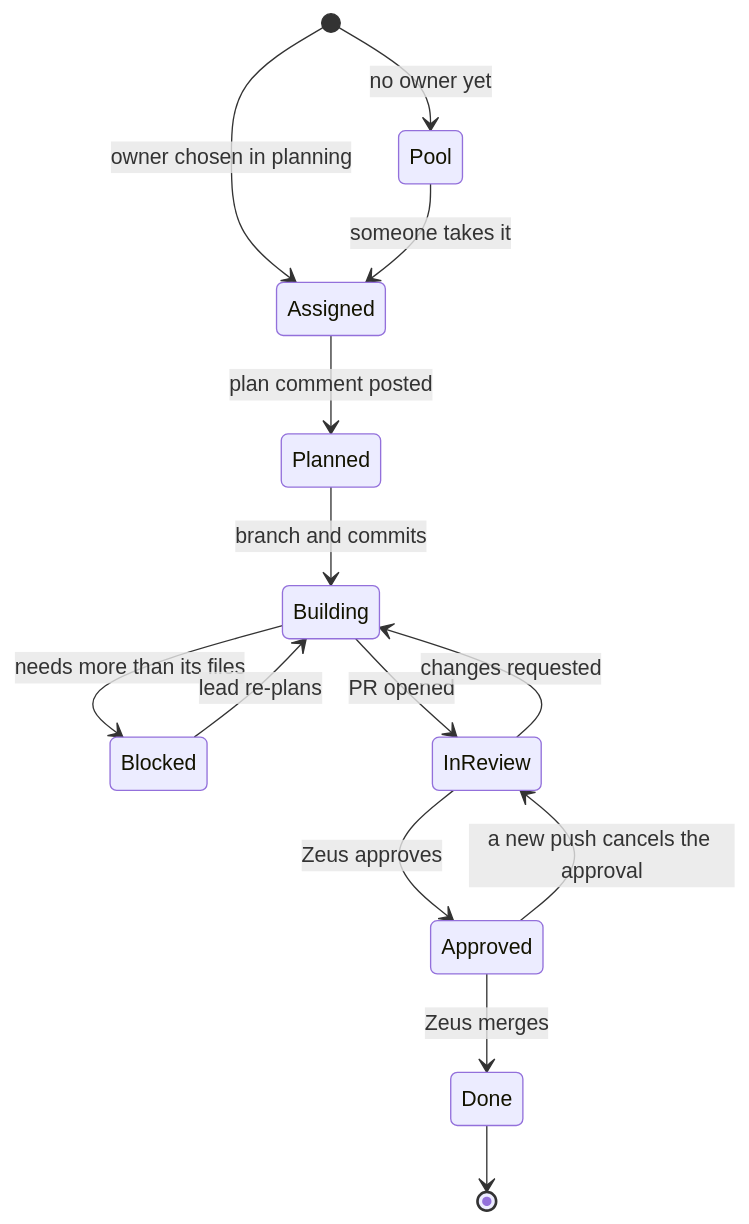
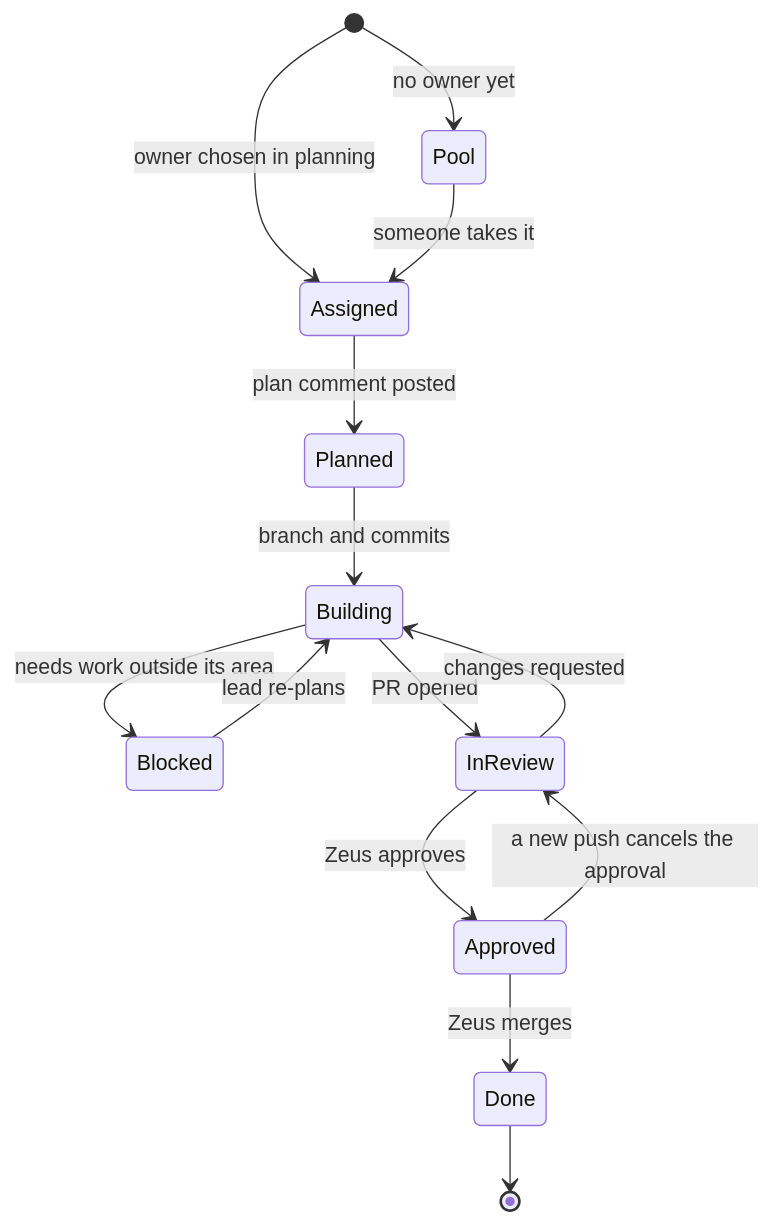
The fourth of 5 diagrams in README.md (atiladeokegab/hackathon_teamwork), drawn with Mermaid before and after one commit. The commit also changed other lines of this file and 5 other files, not shown here.

````diff
--- a/README.md
+++ b/README.md
@@ -105,16 +105,16 @@
 ```mermaid
 stateDiagram-v2
     [*] --> Pool: no owner yet
     [*] --> Assigned: owner chosen in planning
     Pool --> Assigned: someone takes it
     Assigned --> Planned: plan comment posted
     Planned --> Building: branch and commits
-    Building --> Blocked: needs more than its files
+    Building --> Blocked: needs work outside its area
     Blocked --> Building: lead re-plans
     Building --> InReview: PR opened
     InReview --> Building: changes requested
     InReview --> Approved: Zeus approves
     Approved --> InReview: a new push cancels the approval
     Approved --> Done: Zeus merges
     Done --> [*]
 ```
````
